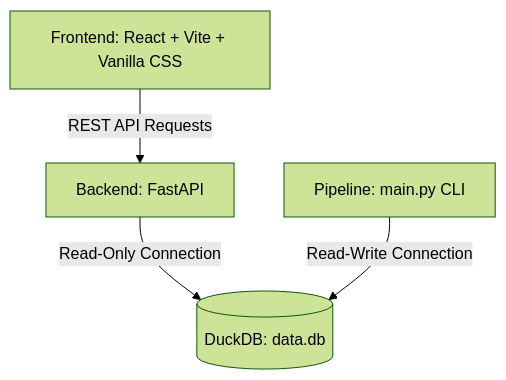
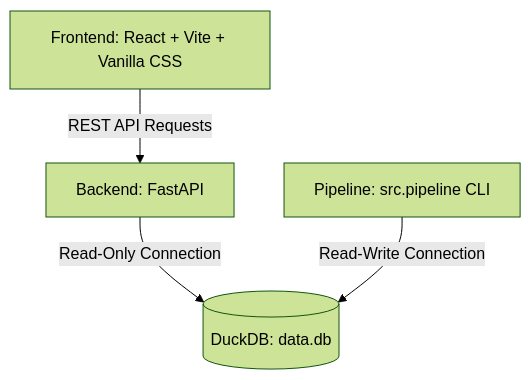
One commit to linli2016/pivottrader changed the first of 2 diagrams in docs/web_app_design.md. Above: the diagram before and after it, drawn with Mermaid (forest theme). The commit also changed other lines of this file and 22 other files, not shown here.

````diff
--- a/docs/web_app_design.md
+++ b/docs/web_app_design.md
@@ -16,6 +16,6 @@
 ```mermaid
 graph TD
     UI[Frontend: React + Vite + Vanilla CSS] -->|REST API Requests| API[Backend: FastAPI]
     API -->|Read-Only Connection| DB[(DuckDB: data.db)]
-    Screen[Pipeline: main.py CLI] -->|Read-Write Connection| DB
+    Screen[Pipeline: src.pipeline CLI] -->|Read-Write Connection| DB
 ```
````
